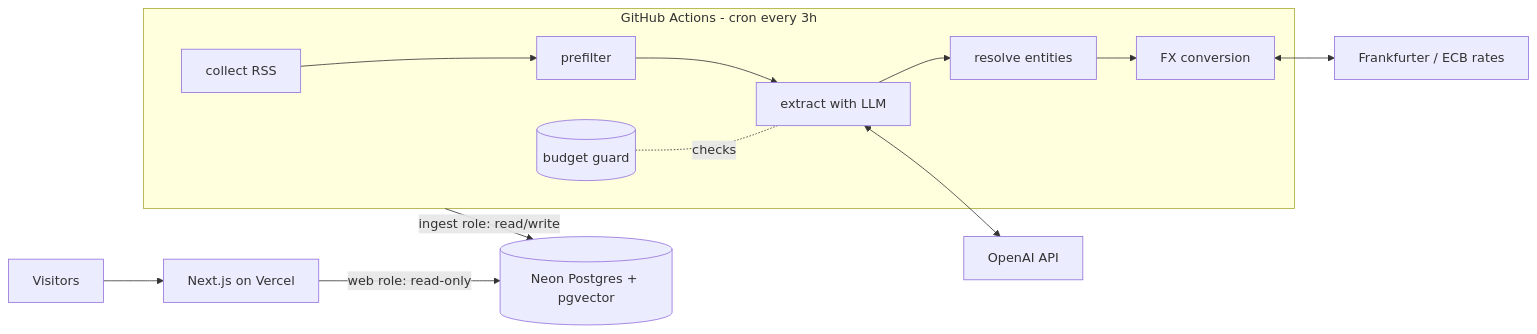
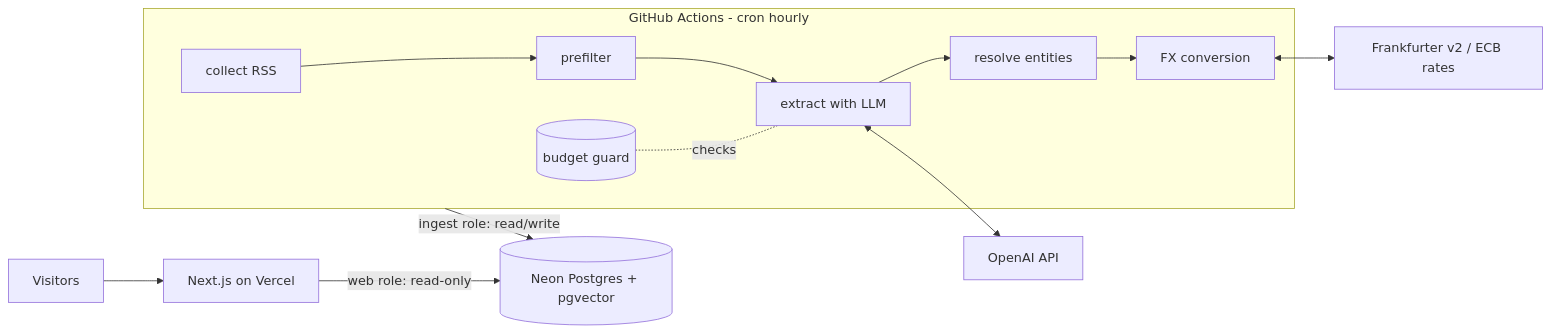
One commit to TayqQ/signalfeed changed the diagram in docs/spec.md. Above: the diagram before and after it, drawn with Mermaid. The commit also changed other lines of this file and 5 other files, not shown here.

````diff
--- a/docs/spec.md
+++ b/docs/spec.md
@@ -50,12 +50,12 @@
 ```mermaid
 flowchart LR
-  subgraph GH[GitHub Actions - cron every 3h]
+  subgraph GH[GitHub Actions - cron hourly]
     C[collect RSS] --> P[prefilter] --> X[extract with LLM] --> R[resolve entities] --> F[FX conversion]
     B[(budget guard)] -.checks.- X
   end
   X <--> O[OpenAI API]
-  F <--> E[Frankfurter / ECB rates]
+  F <--> E[Frankfurter v2 / ECB rates]
   GH -- ingest role: read/write --> DB[(Neon Postgres + pgvector)]
   W[Next.js on Vercel] -- web role: read-only --> DB
   U[Visitors] --> W
 ```
````
